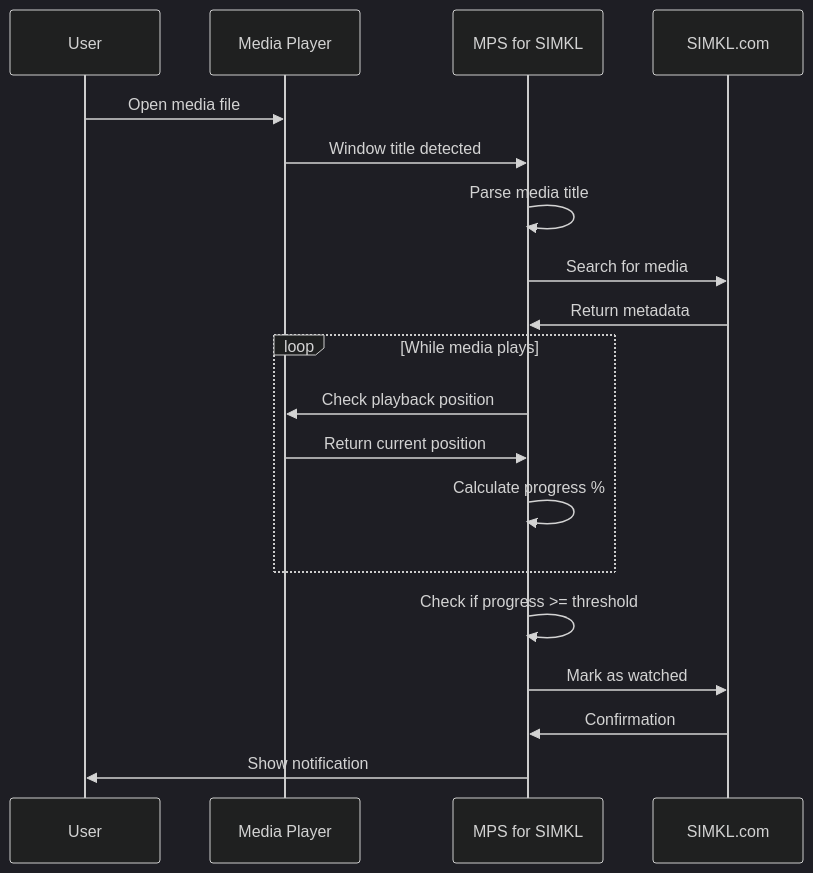
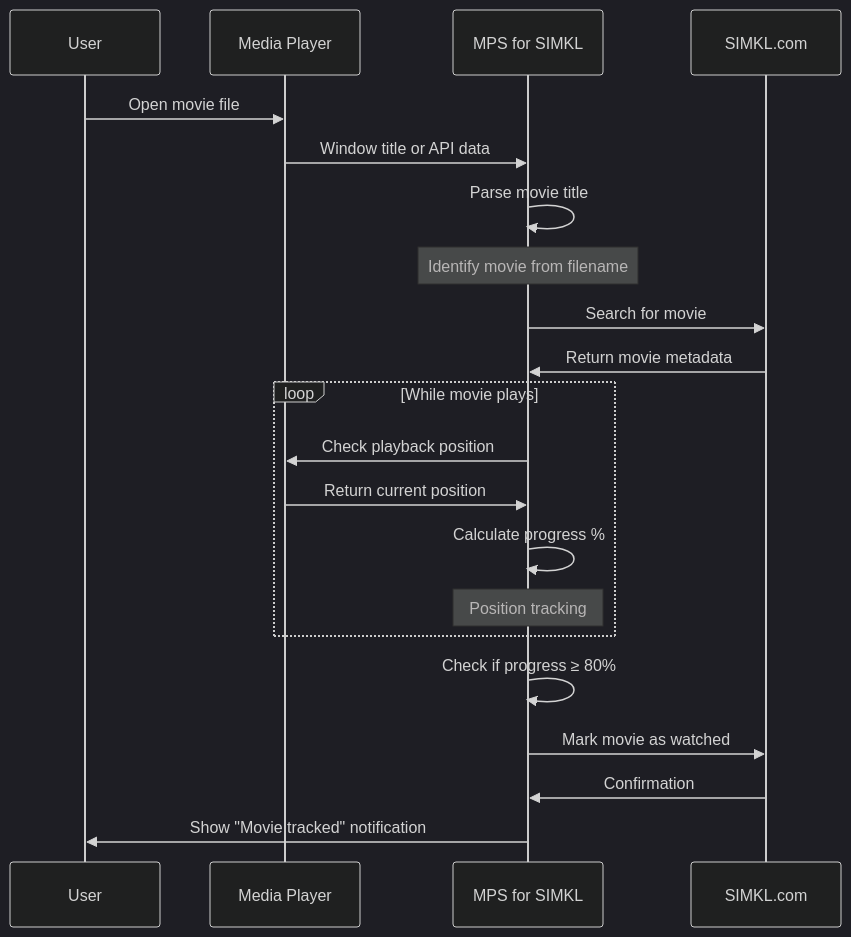
Before and after one commit to ByteTrix/Media-Player-Scrobbler-for-Simkl: the second of 3 diagrams in docs/usage.md, drawn with Mermaid (dark theme). The commit also changed other lines of this file and 10 other files, not shown here.

First line of the commit message:
Enhance documentation for Media Player Scrobbler for Simkl

````diff
--- a/docs/usage.md
+++ b/docs/usage.md
@@ -76,21 +80,23 @@
 ```mermaid
 sequenceDiagram
     participant User
     participant MP as Media Player
     participant MPS as MPS for SIMKL
     participant SIMKL as SIMKL.com
-    User->>MP: Open media file
-    MP->>MPS: Window title detected
-    MPS->>MPS: Parse media title
-    MPS->>SIMKL: Search for media
-    SIMKL->>MPS: Return metadata
-    loop While media plays
+    User->>MP: Open movie file
+    MP->>MPS: Window title or API data
+    MPS->>MPS: Parse movie title
+    Note over MPS: Identify movie from filename
+    MPS->>SIMKL: Search for movie
+    SIMKL->>MPS: Return movie metadata
+    loop While movie plays
         MPS->>MP: Check playback position
         MP->>MPS: Return current position
         MPS->>MPS: Calculate progress %
+        Note over MPS: Position tracking
     end
-    MPS->>MPS: Check if progress >= threshold
-    MPS->>SIMKL: Mark as watched
+    MPS->>MPS: Check if progress ≥ 80%
+    MPS->>SIMKL: Mark movie as watched
     SIMKL->>MPS: Confirmation
-    MPS->>User: Show notification
+    MPS->>User: Show "Movie tracked" notification
 ```
````
